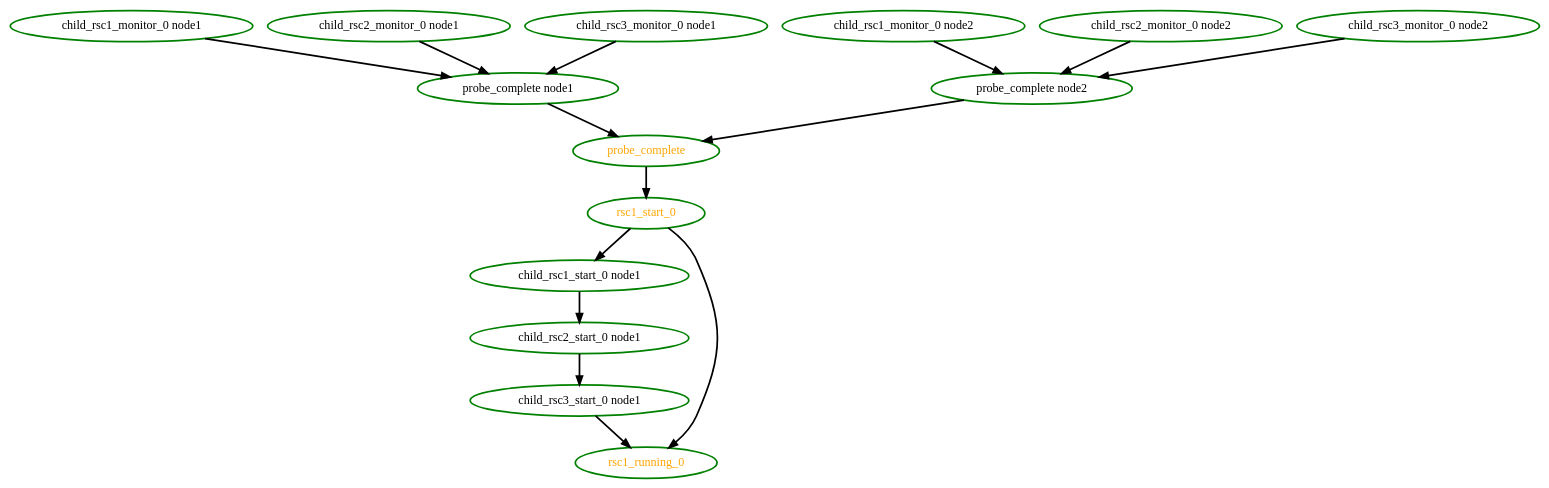
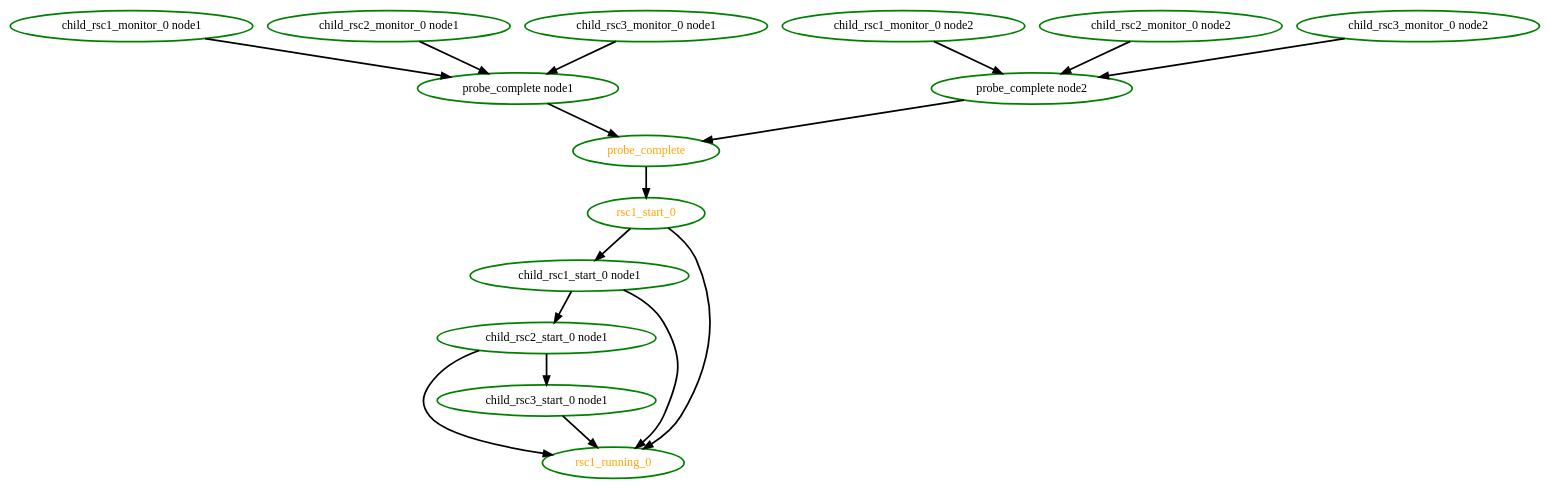
Before and after one commit to richiewen8/heartbeat: the diagram in crm/pengine/testcases/group1.dot, drawn with Graphviz. The commit also changed 40 other files, not shown here.

```diff
--- a/crm/pengine/testcases/group1.dot
+++ b/crm/pengine/testcases/group1.dot
@@ -1,30 +1,32 @@
  digraph "g" {
 "child_rsc1_monitor_0 node1" -> "probe_complete node1" [ style = bold]
 "child_rsc1_monitor_0 node1" [ style=bold color="green" fontcolor="black" ]
 "child_rsc1_monitor_0 node2" -> "probe_complete node2" [ style = bold]
 "child_rsc1_monitor_0 node2" [ style=bold color="green" fontcolor="black" ]
 "child_rsc1_start_0 node1" -> "child_rsc2_start_0 node1" [ style = bold]
+"child_rsc1_start_0 node1" -> "rsc1_running_0" [ style = bold]
 "child_rsc1_start_0 node1" [ style=bold color="green" fontcolor="black" ]
 "child_rsc2_monitor_0 node1" -> "probe_complete node1" [ style = bold]
 "child_rsc2_monitor_0 node1" [ style=bold color="green" fontcolor="black" ]
 "child_rsc2_monitor_0 node2" -> "probe_complete node2" [ style = bold]
 "child_rsc2_monitor_0 node2" [ style=bold color="green" fontcolor="black" ]
 "child_rsc2_start_0 node1" -> "child_rsc3_start_0 node1" [ style = bold]
+"child_rsc2_start_0 node1" -> "rsc1_running_0" [ style = bold]
 "child_rsc2_start_0 node1" [ style=bold color="green" fontcolor="black" ]
 "child_rsc3_monitor_0 node1" -> "probe_complete node1" [ style = bold]
 "child_rsc3_monitor_0 node1" [ style=bold color="green" fontcolor="black" ]
 "child_rsc3_monitor_0 node2" -> "probe_complete node2" [ style = bold]
 "child_rsc3_monitor_0 node2" [ style=bold color="green" fontcolor="black" ]
 "child_rsc3_start_0 node1" -> "rsc1_running_0" [ style = bold]
 "child_rsc3_start_0 node1" [ style=bold color="green" fontcolor="black" ]
 "probe_complete node1" -> "probe_complete" [ style = bold]
 "probe_complete node1" [ style=bold color="green" fontcolor="black" ]
 "probe_complete node2" -> "probe_complete" [ style = bold]
 "probe_complete node2" [ style=bold color="green" fontcolor="black" ]
 "probe_complete" -> "rsc1_start_0" [ style = bold]
 "probe_complete" [ style=bold color="green" fontcolor="orange" ]
 "rsc1_running_0" [ style=bold color="green" fontcolor="orange" ]
 "rsc1_start_0" -> "child_rsc1_start_0 node1" [ style = bold]
 "rsc1_start_0" -> "rsc1_running_0" [ style = bold]
 "rsc1_start_0" [ style=bold color="green" fontcolor="orange" ]
 }
```
